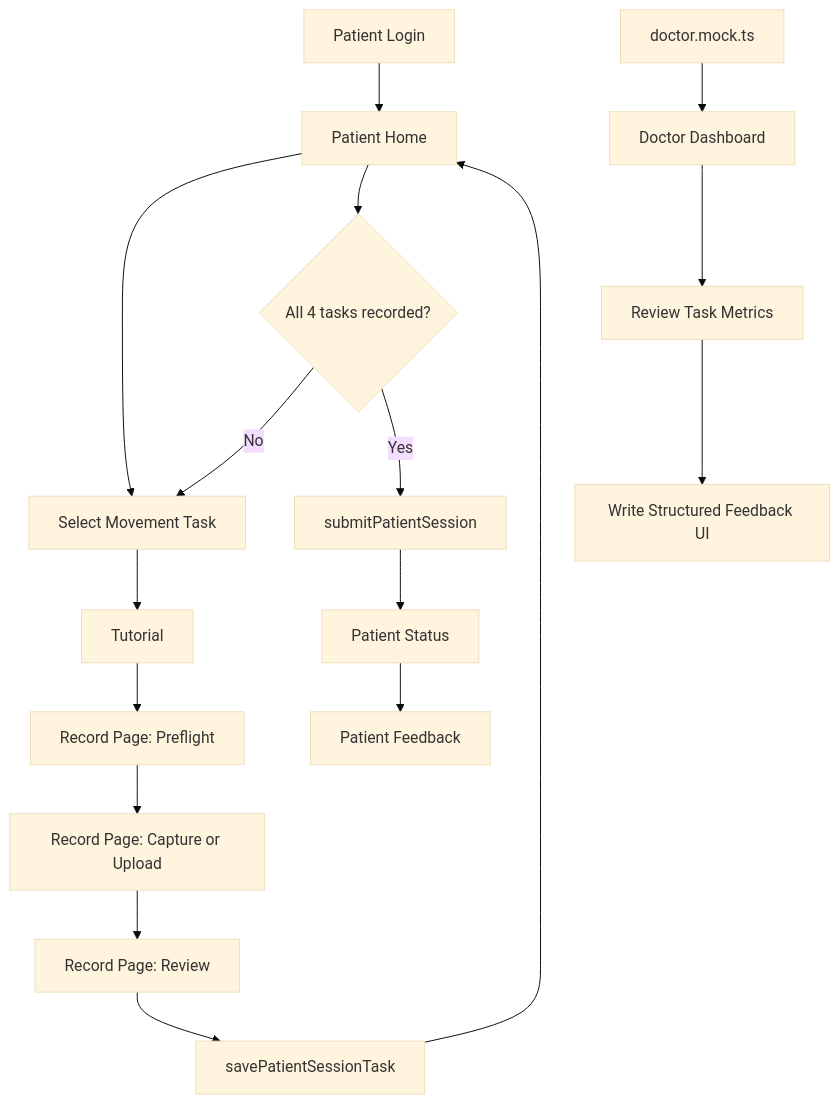
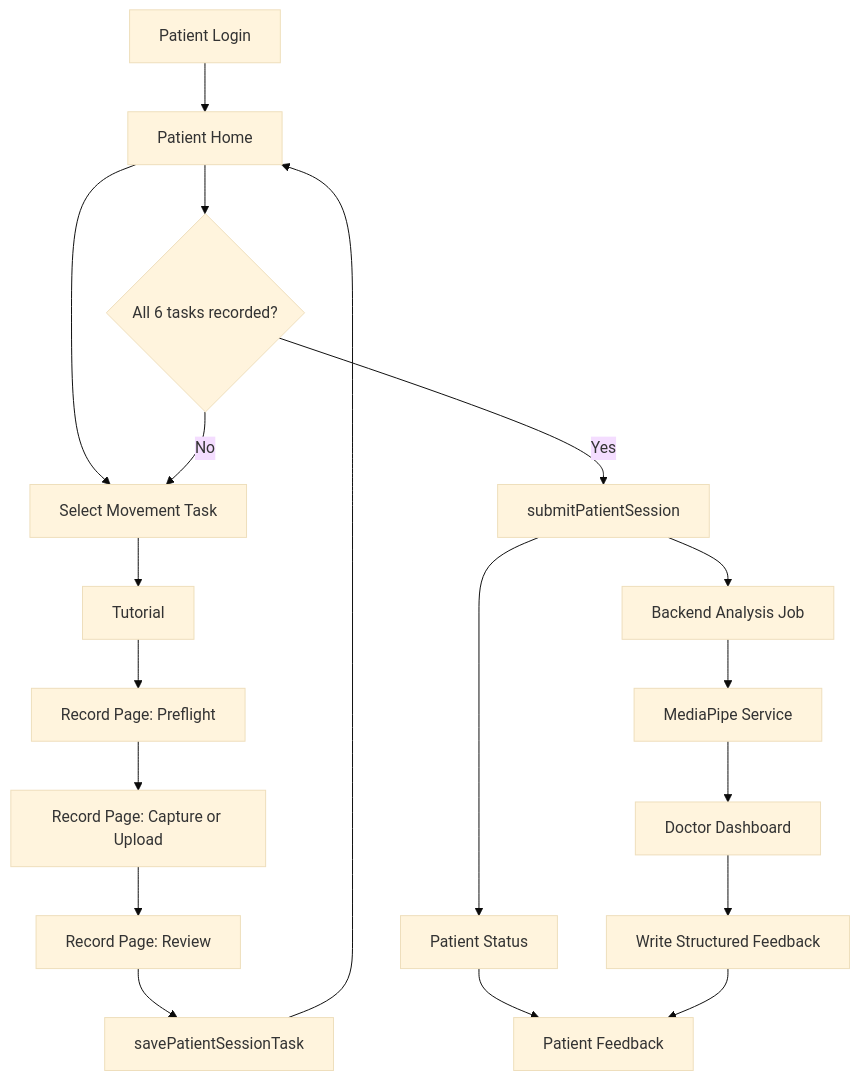
Before and after one commit to Puntawit/Home-Based-Markerless-Movement-Analysis-Subsystem-Website: the diagram in PROJECT_FLOW_FOR_AI.md, drawn with Mermaid (base theme). The commit also changed other lines of this file and 64 other files, not shown here.

````diff
--- a/PROJECT_FLOW_FOR_AI.md
+++ b/PROJECT_FLOW_FOR_AI.md
@@ -357,20 +362,22 @@
 ```mermaid
 flowchart TD
   A["Patient Login"] --> B["Patient Home"]
   B --> C["Select Movement Task"]
   C --> D["Tutorial"]
   D --> E["Record Page: Preflight"]
   E --> F["Record Page: Capture or Upload"]
   F --> G["Record Page: Review"]
   G --> H["savePatientSessionTask"]
   H --> B
-  B --> I{"All 4 tasks recorded?"}
+  B --> I{"All 6 tasks recorded?"}
   I -->|"No"| C
   I -->|"Yes"| J["submitPatientSession"]
   J --> K["Patient Status"]
   K --> L["Patient Feedback"]
 
-  M["doctor.mock.ts"] --> N["Doctor Dashboard"]
-  N --> O["Review Task Metrics"]
-  O --> P["Write Structured Feedback UI"]
+  J --> M["Backend Analysis Job"]
+  M --> N["MediaPipe Service"]
+  N --> O["Doctor Dashboard"]
+  O --> P["Write Structured Feedback"]
+  P --> L
 ```
````
